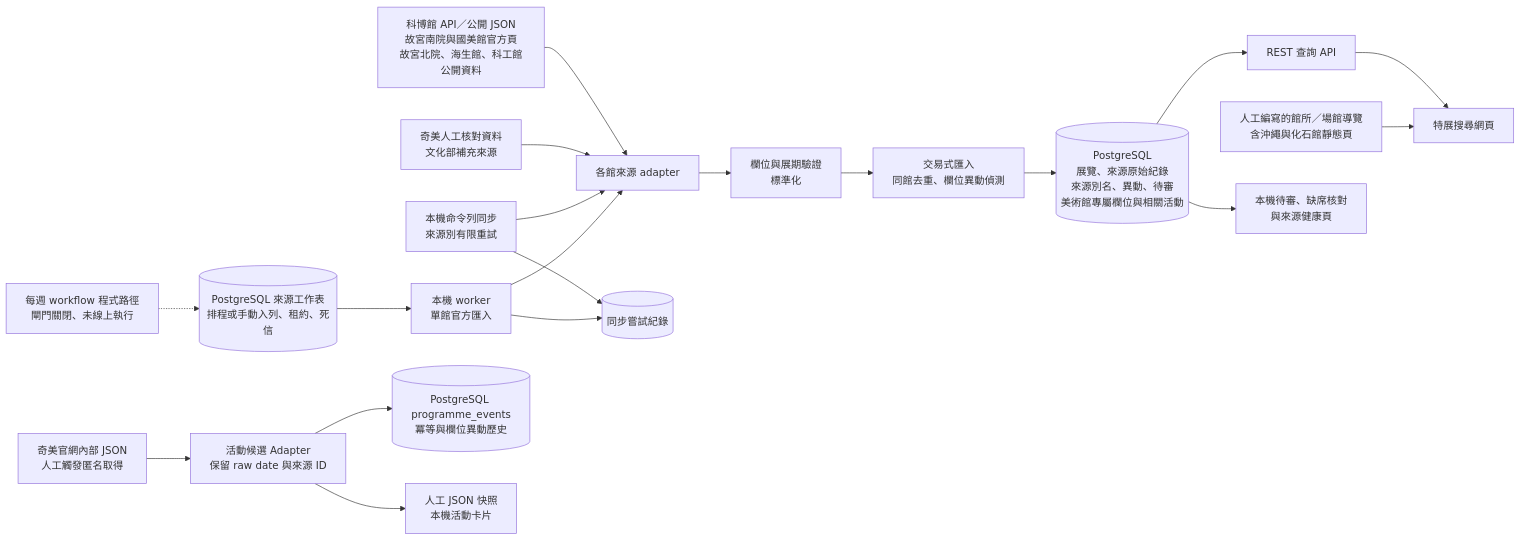
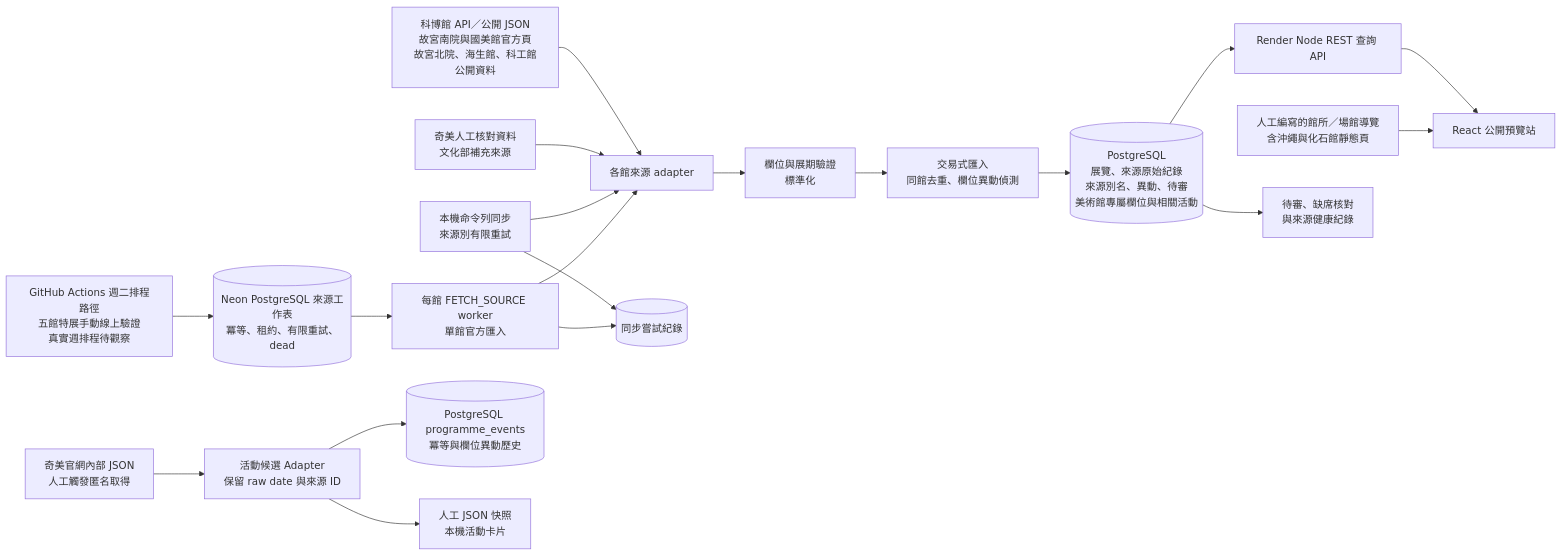
One commit to AndyLinStrongtyping/event-radar changed the first of 2 diagrams in docs/architecture.md. Above: the diagram before and after it, drawn with Mermaid. The commit also changed other lines of this file and 7 other files, not shown here.

````diff
--- a/docs/architecture.md
+++ b/docs/architecture.md
@@ -25,21 +25,21 @@
 ```mermaid
 flowchart LR
     A["科博館 API／公開 JSON<br/>故宮南院與國美館官方頁<br/>故宮北院、海生館、科工館公開資料"] --> B["各館來源 adapter"]
     C["奇美人工核對資料<br/>文化部補充來源"] --> B
     B --> D["欄位與展期驗證<br/>標準化"]
     D --> E["交易式匯入<br/>同館去重、欄位異動偵測"]
     E --> F[("PostgreSQL<br/>展覽、來源原始紀錄<br/>來源別名、異動、待審<br/>美術館專屬欄位與相關活動")]
     G["本機命令列同步<br/>來源別有限重試"] --> B
     G --> H[("同步嘗試紀錄")]
-    S["每週 workflow 程式路徑<br/>閘門關閉、未線上執行"] -.-> Q
-    Q[("PostgreSQL 來源工作表<br/>排程或手動入列、租約、死信")] --> W["本機 worker<br/>單館官方匯入"]
+    S["GitHub Actions 週二排程路徑<br/>五館特展手動線上驗證<br/>真實週排程待觀察"] --> Q
+    Q[("Neon PostgreSQL 來源工作表<br/>冪等、租約、有限重試、dead")] --> W["每館 FETCH_SOURCE worker<br/>單館官方匯入"]
     W --> B
     W --> H
-    F --> I["REST 查詢 API"]
-    I --> J["特展搜尋網頁"]
+    F --> I["Render Node REST 查詢 API"]
+    I --> J["React 公開預覽站"]
     K["人工編寫的館所／場館導覽<br/>含沖繩與化石館靜態頁"] --> J
-    F --> L["本機待審、缺席核對<br/>與來源健康頁"]
+    F --> L["待審、缺席核對<br/>與來源健康紀錄"]
     M["奇美官網內部 JSON<br/>人工觸發匿名取得"] --> N["活動候選 Adapter<br/>保留 raw date 與來源 ID"]
     N --> O[("PostgreSQL programme_events<br/>冪等與欄位異動歷史")]
     N --> P["人工 JSON 快照<br/>本機活動卡片"]
 ```
````
